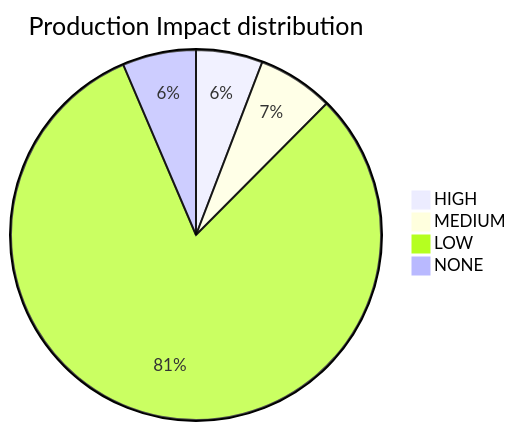
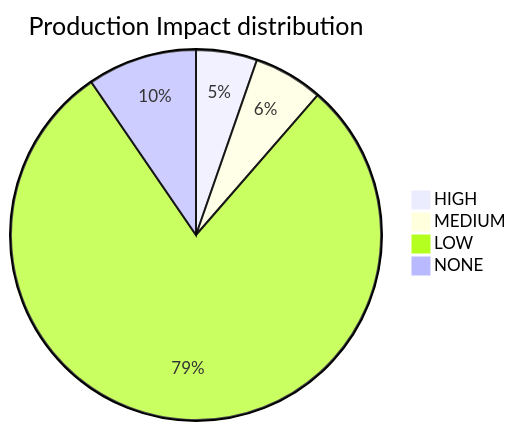
The diagram in PLATFORM_HEALTH.md (mikeybeezy/goldenpath-idp-infra), drawn with Mermaid before and after one commit. The commit also changed other lines of this file and 2 other files, not shown here.

````diff
--- a/PLATFORM_HEALTH.md
+++ b/PLATFORM_HEALTH.md
@@ -64,7 +65,7 @@
 ```mermaid
 pie title Production Impact distribution
     "HIGH" : 29
     "MEDIUM" : 33
-    "LOW" : 404
-    "NONE" : 32
+    "LOW" : 430
+    "NONE" : 52
 ```
````
